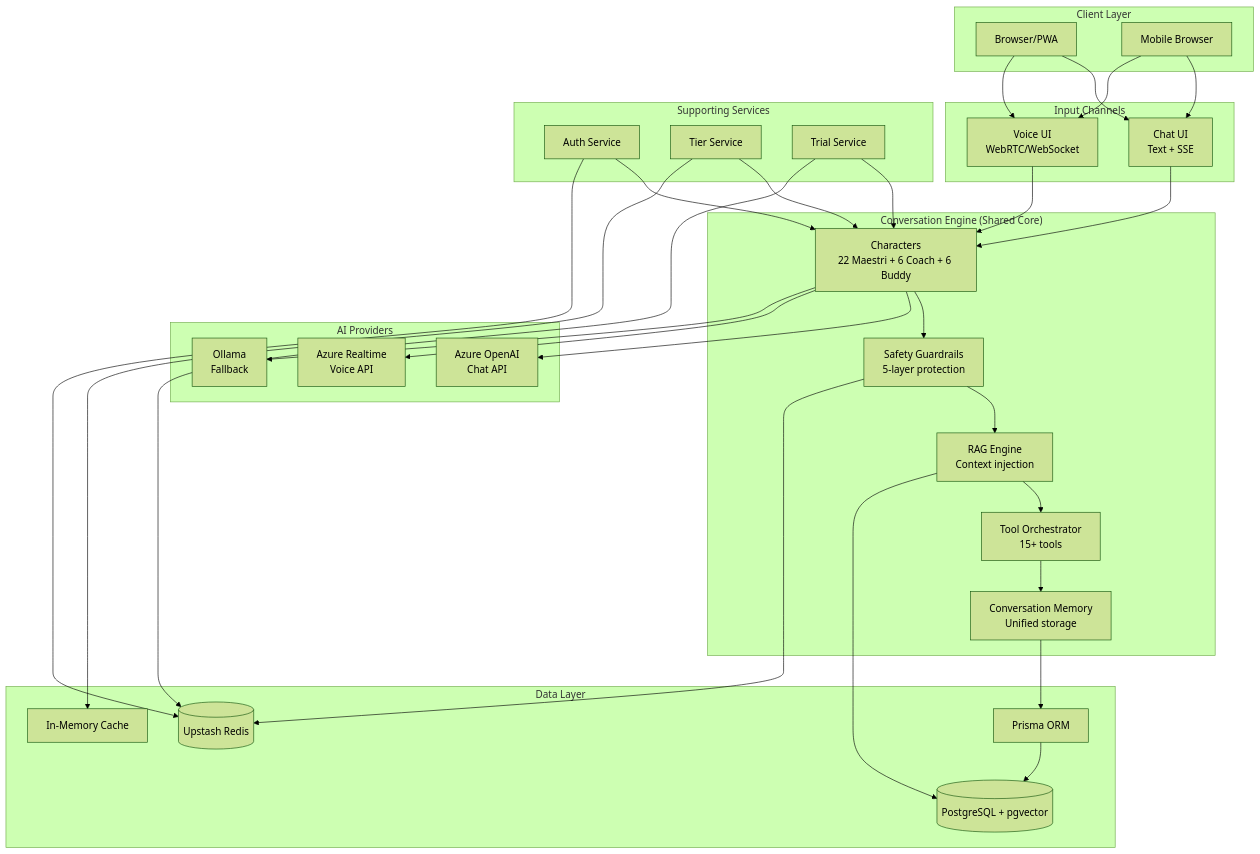
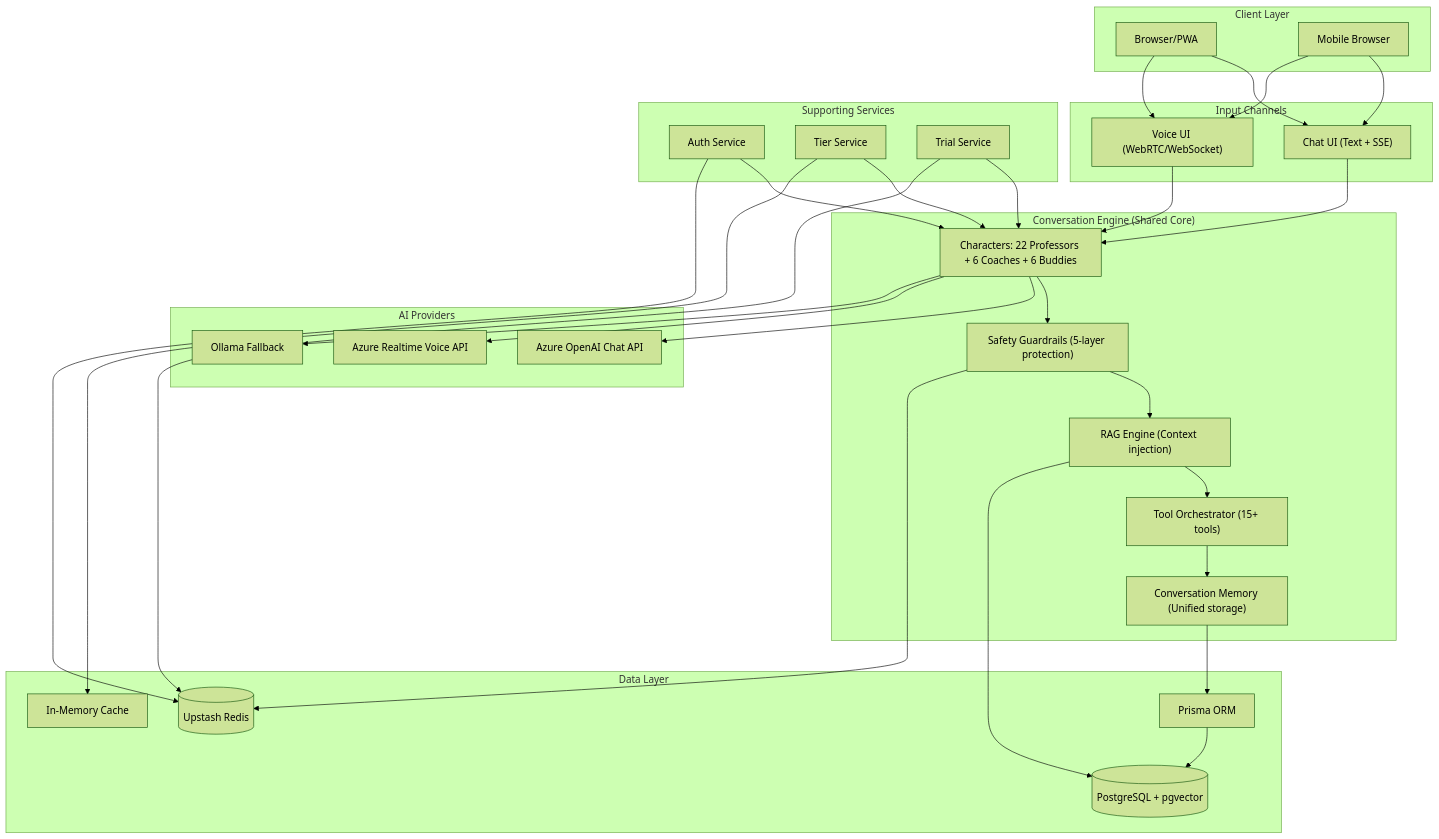
Before and after one commit to FightTheStroke/MirrorBuddy: the first of 50 diagrams in ARCHITECTURE-DIAGRAMS.md, drawn with Mermaid (forest theme). The commit also changed other lines of this file, not shown here.

First line of the commit message:
docs(arch): rewrite diagrams in English, rename Maestri to Professors

````diff
--- a/ARCHITECTURE-DIAGRAMS.md
+++ b/ARCHITECTURE-DIAGRAMS.md
@@ -40,70 +40,69 @@
 ```mermaid
 graph TB
-    subgraph "Client Layer"
+    subgraph Client_Layer["Client Layer"]
         Browser[Browser/PWA]
         Mobile[Mobile Browser]
     end
 
-    subgraph "Input Channels"
-        ChatUI[Chat UI<br/>Text + SSE]
-        VoiceUI[Voice UI<br/>WebRTC/WebSocket]
+    subgraph Input_Channels["Input Channels"]
+        ChatUI["Chat UI (Text + SSE)"]
+        VoiceUI["Voice UI (WebRTC/WebSocket)"]
     end
 
-    subgraph "Conversation Engine (Shared Core)"
-        Characters[Characters<br/>22 Maestri + 6 Coach + 6 Buddy]
-        Safety[Safety Guardrails<br/>5-layer protection]
-        Tools[Tool Orchestrator<br/>15+ tools]
-        RAG[RAG Engine<br/>Context injection]
-        Memory[Conversation Memory<br/>Unified storage]
+    subgraph Conversation_Engine["Conversation Engine (Shared Core)"]
+        Characters["Characters: 22 Professors + 6 Coaches + 6 Buddies"]
+        Safety["Safety Guardrails (5-layer protection)"]
+        Tools["Tool Orchestrator (15+ tools)"]
+        RAG["RAG Engine (Context injection)"]
+        Memory["Conversation Memory (Unified storage)"]
     end
 
-    subgraph "AI Providers"
-        AzureChat[Azure OpenAI<br/>Chat API]
-        AzureRealtime[Azure Realtime<br/>Voice API]
-        Ollama[Ollama<br/>Fallback]
+    subgraph AI_Providers["AI Providers"]
+        AzureChat["Azure OpenAI Chat API"]
+        AzureRealtime["Azure Realtime Voice API"]
+        Ollama["Ollama Fallback"]
     end
 
-    subgraph "Supporting Services"
+    subgraph Supporting_Services["Supporting Services"]
         Auth[Auth Service]
         Tier[Tier Service]
         Trial[Trial Service]
     end
 
-    subgraph "Data Layer"
+    subgraph Data_Layer["Data Layer"]
         Prisma[Prisma ORM]
         PG[(PostgreSQL + pgvector)]
         Redis[(Upstash Redis)]
         InMemCache[In-Memory Cache]
     end
 
     Browser --> ChatUI
     Browser --> VoiceUI
     Mobile --> ChatUI
     Mobile --> VoiceUI
 
     ChatUI --> Characters
     VoiceUI --> Characters
 
     Characters --> Safety
     Safety --> RAG
     RAG --> Tools
     Tools --> Memory
 
     Characters --> AzureChat
     Characters --> AzureRealtime
     Characters --> Ollama
 
     Auth --> Characters
     Tier --> Characters
     Trial --> Characters
 
     Memory --> Prisma
     Prisma --> PG
     RAG --> PG
 
-    %% Redis is used across the system
     Auth --> Redis
     Trial --> Redis
     Safety --> Redis
     Tier --> InMemCache
 ```
````
